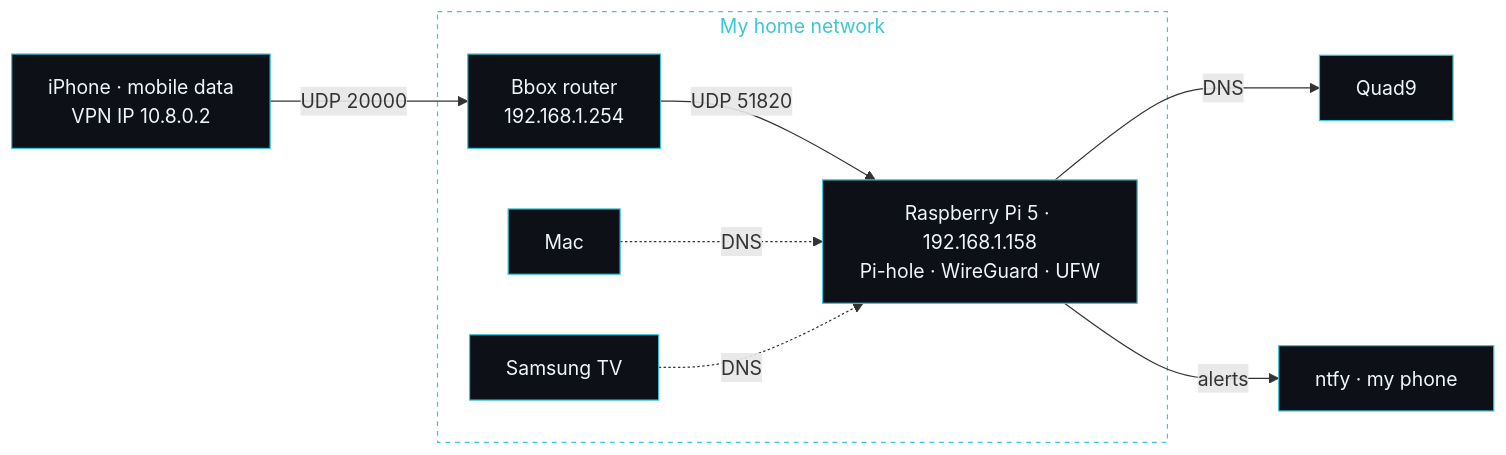
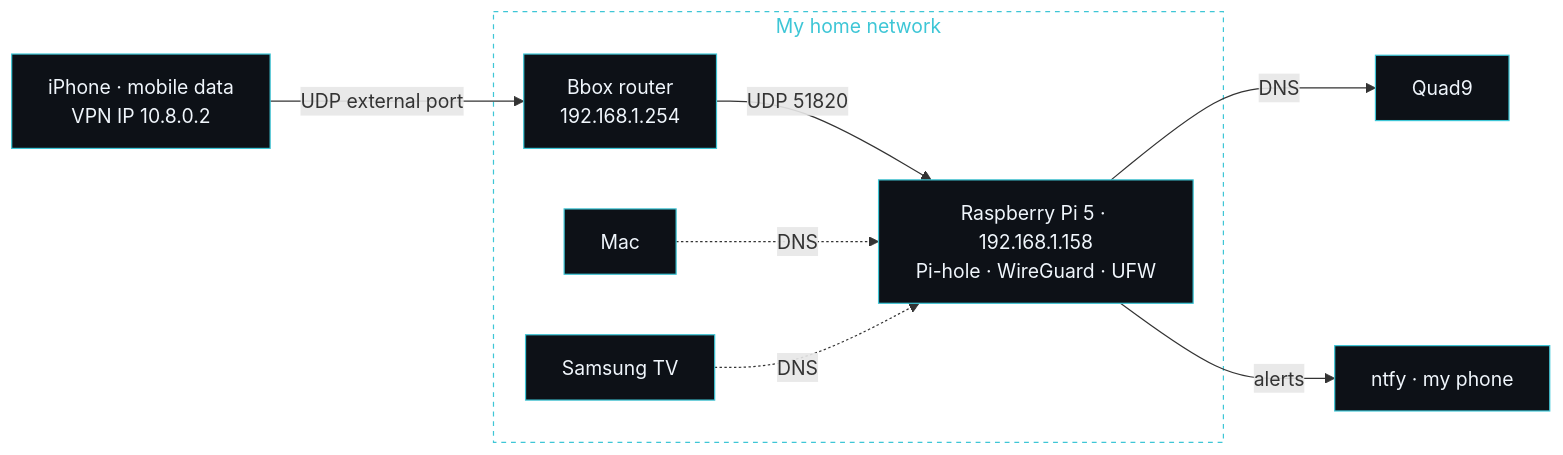
One commit to elena-lucero/cybersecurity-portfolio changed the diagram in raspberry-pi-pihole-vpn.md. Above: the diagram before and after it, drawn with Mermaid. The commit also changed other lines of this file, not shown here.

Commit message:
Clarify external port usage in documentation
Updated the external port specification in the architecture diagram and the table for clarity.

````diff
--- a/raspberry-pi-pihole-vpn.md
+++ b/raspberry-pi-pihole-vpn.md
@@ -57,15 +57,15 @@
 ```mermaid
 flowchart LR
-  PHONE["iPhone · mobile data<br/>VPN IP 10.8.0.2"] -->|"UDP 20000"| ROUTER
+  PHONE["iPhone · mobile data<br/>VPN IP 10.8.0.2"] -->|"UDP external port"| ROUTER
   subgraph HOME["My home network"]
     ROUTER["Bbox router<br/>192.168.1.254"] -->|"UDP 51820"| PI
     PI["Raspberry Pi 5 · 192.168.1.158<br/>Pi-hole · WireGuard · UFW"]
     MAC["Mac"] -.->|"DNS"| PI
     TV["Samsung TV"] -.->|"DNS"| PI
   end
   PI -->|"DNS"| Q9["Quad9"]
   PI -->|"alerts"| NTFY["ntfy · my phone"]
   classDef node fill:#0D1117,stroke:#3EC6D6,stroke-width:1px,color:#F0F6FC
   class PHONE,ROUTER,PI,MAC,TV,Q9,NTFY node
   style HOME fill:transparent,stroke:#3EC6D6,stroke-dasharray:4 4,color:#3EC6D6
 ```
````
